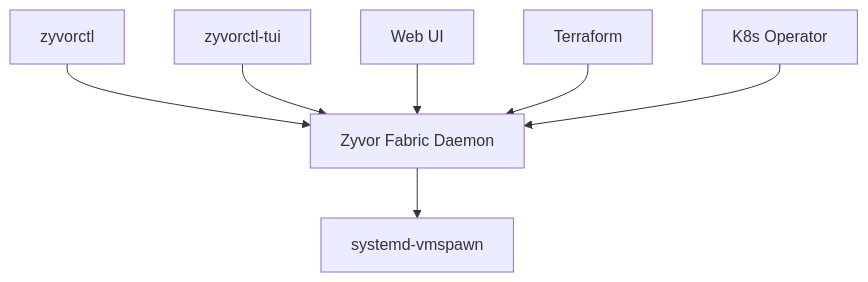
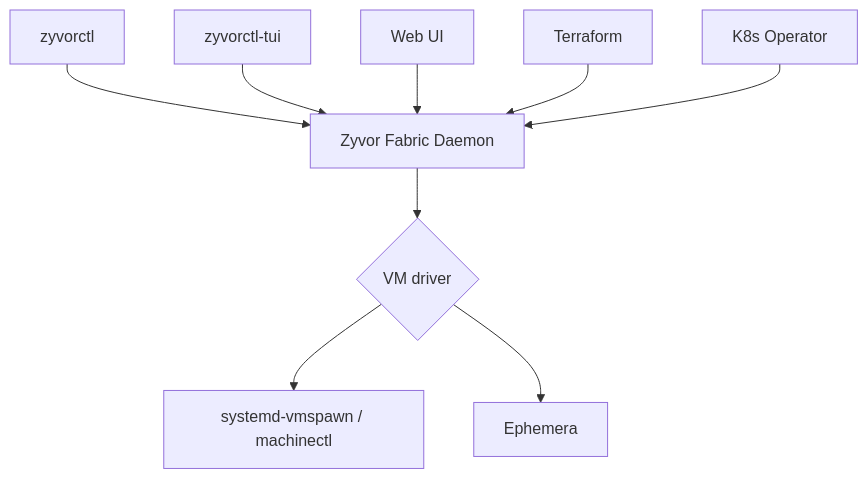
The diagram in README.md (zyvorai/fabric), drawn with Mermaid before and after one commit. The commit also changed other lines of this file and 42 other files, not shown here.

````diff
--- a/README.md
+++ b/README.md
@@ -80,9 +82,11 @@
 ```mermaid
 flowchart TB
   CLI[zyvorctl] --> Daemon[Zyvor Fabric Daemon]
   TUI[zyvorctl-tui] --> Daemon
   Web[Web UI] --> Daemon
   TF[Terraform] --> Daemon
   Op[K8s Operator] --> Daemon
-  Daemon --> VS[systemd-vmspawn]
+  Daemon --> Driver{VM driver}
+  Driver --> VS[systemd-vmspawn / machinectl]
+  Driver --> Eph[Ephemera]
 ```
````
